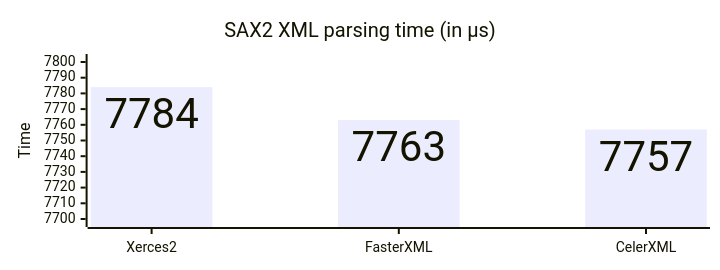
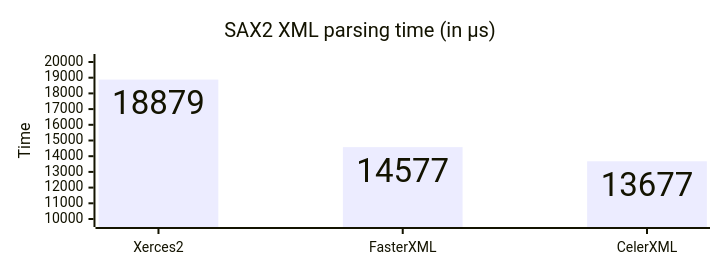
The second of 3 diagrams in benchmark/README.md (celersms/celerxml), drawn with Mermaid before and after one commit. The commit also changed other lines of this file, not shown here.

Commit message:
Benchmark report

````diff
--- a/benchmark/README.md
+++ b/benchmark/README.md
@@ -51,13 +51,13 @@
 ```mermaid
 ---
 config:
   xyChart:
     height: 250
     showDataLabel: true
 ---
 xychart
     title "SAX2 XML parsing time (in µs)"
     x-axis [Xerces2, FasterXML, CelerXML]
-    y-axis Time 7700 --> 7800
-    bar [7784, 7763, 7757]
+    y-axis Time 10000 --> 20000
+    bar [18879, 14577, 13677]
 ```
````
